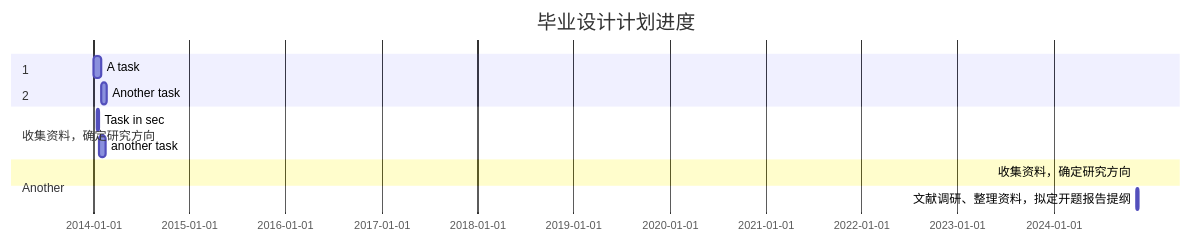
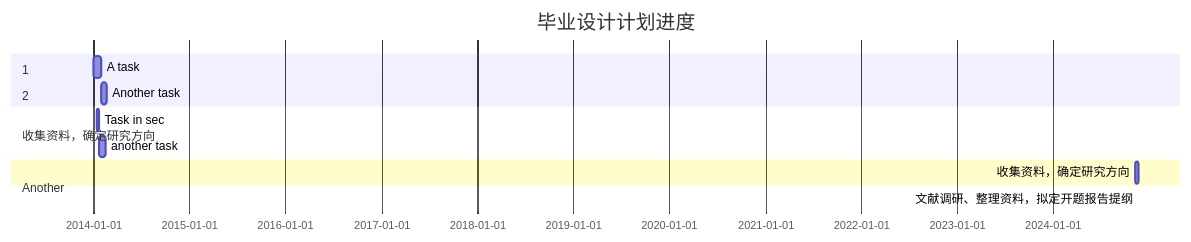
The diagram in all/未命名.md (Kelseyyz/iodraw-files), drawn with Mermaid before and after one commit.

Commit message:
2024-12-30 11:02:48 update

````diff
--- a/all/未命名.md
+++ b/all/未命名.md
@@ -1,18 +1,18 @@
 ```mermaid
 gantt
     title 毕业设计计划进度
     dateFormat  YYYY-MM-DD
     
     section 收集资料，确定研究方向
     A task           :a1, 2014-01-01, 30d
     Another task     :after a1  , 20d
     section Another
     Task in sec      :2014-01-12  , 12d
     another task      : 24d
 
 
     section 1
-    收集资料，确定研究方向           : 2024-11-10  , 
+    收集资料，确定研究方向           : 2024-11-10  , 12d
     section 2
     文献调研、整理资料，拟定开题报告提纲      :2024-11-20
 ```
````
